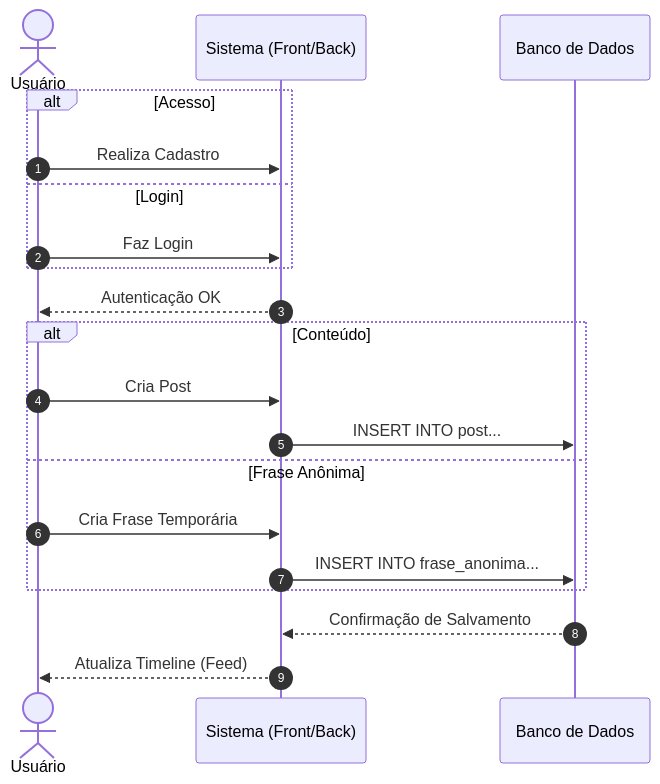
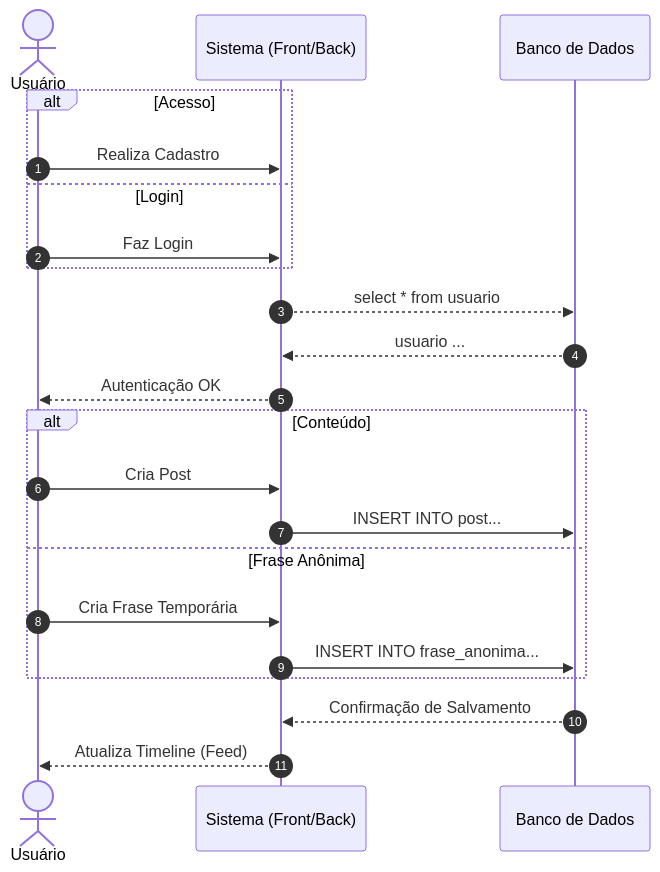
The diagram in imgs/fluxo_simples_microtx.mmd (ViniciusCorbellini/spa-web-backend), drawn with Mermaid before and after one commit. The commit also changed 1 other file, not shown here.

```diff
--- a/imgs/fluxo_simples_microtx.mmd
+++ b/imgs/fluxo_simples_microtx.mmd
@@ -1,28 +1,30 @@
 sequenceDiagram
     autonumber
     actor U as Usuário
     participant App as Sistema (Front/Back)
     participant DB as Banco de Dados
 
     %% Passo 1
     alt Acesso
         U->>App: Realiza Cadastro
     else Login
         U->>App: Faz Login
     end
     
+    App-->>DB: select * from usuario
+    DB-->>App: usuario ...
     App-->>U: Autenticação OK
 
     %% Passo 2 e 3
     alt Conteúdo
         U->>App: Cria Post
         App->>DB: INSERT INTO post...
     else Frase Anônima
         U->>App: Cria Frase Temporária
         App->>DB: INSERT INTO frase_anonima...
     end
     
     DB-->>App: Confirmação de Salvamento
 
     %% Passo 4
     App-->>U: Atualiza Timeline (Feed)
```
